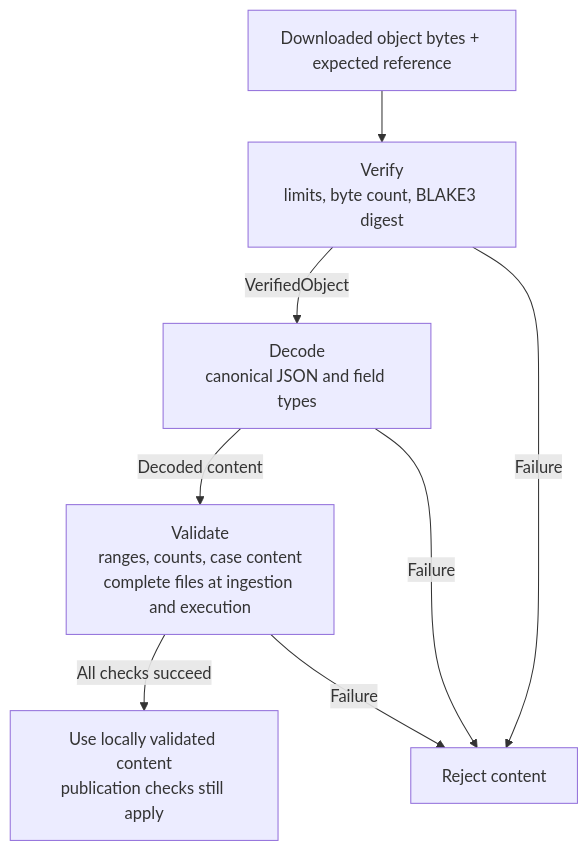
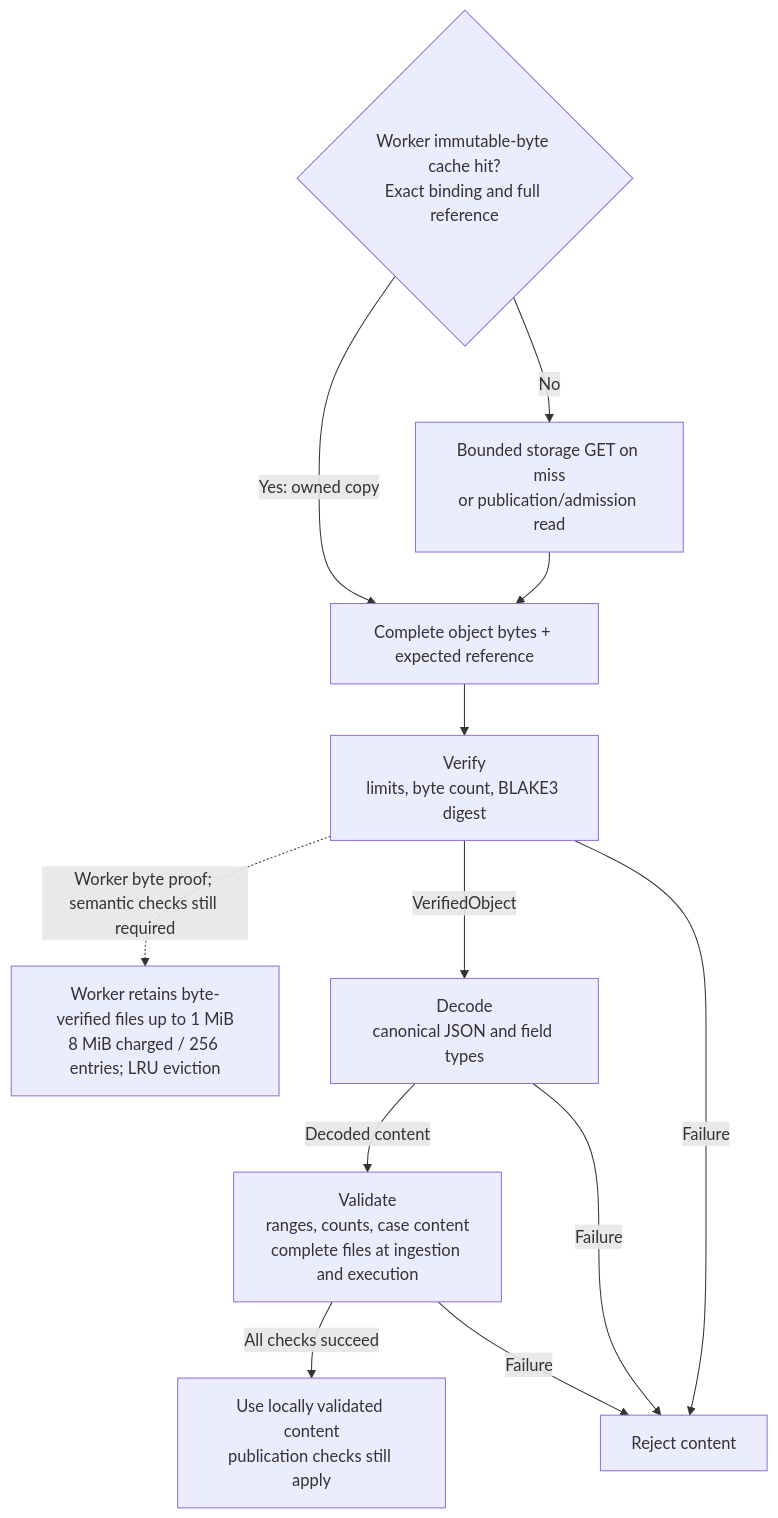
Before and after one commit to agent-vigilo/vigilo: the diagram in web/docs/architecture/case-storage/read-validation.mmd, drawn with Mermaid. The commit also changed 65 other files, not shown here.

```diff
--- a/web/docs/architecture/case-storage/read-validation.mmd
+++ b/web/docs/architecture/case-storage/read-validation.mmd
@@ -1,15 +1,22 @@
 flowchart TD
-    bytes["Downloaded object bytes + expected reference"]
+    lookup{"Worker immutable-byte cache hit?<br/>Exact binding and full reference"}
+    fetch["Bounded storage GET on miss<br/>or publication/admission read"]
+    bytes["Complete object bytes + expected reference"]
+    retain["Worker retains byte-verified files up to 1 MiB<br/>8 MiB charged / 256 entries; LRU eviction"]
     verify["Verify<br/>limits, byte count, BLAKE3 digest"]
     decode["Decode<br/>canonical JSON and field types"]
     validate["Validate<br/>ranges, counts, case content<br/>complete files at ingestion and execution"]
     ready["Use locally validated content<br/>publication checks still apply"]
     reject["Reject content"]
 
+    lookup -->|"Yes: owned copy"| bytes
+    lookup -->|"No"| fetch
+    fetch --> bytes
     bytes --> verify
+    verify -.->|"Worker byte proof; semantic checks still required"| retain
     verify -->|"VerifiedObject"| decode
     decode -->|"Decoded content"| validate
     validate -->|"All checks succeed"| ready
     verify -->|"Failure"| reject
     decode -->|"Failure"| reject
     validate -->|"Failure"| reject
```
